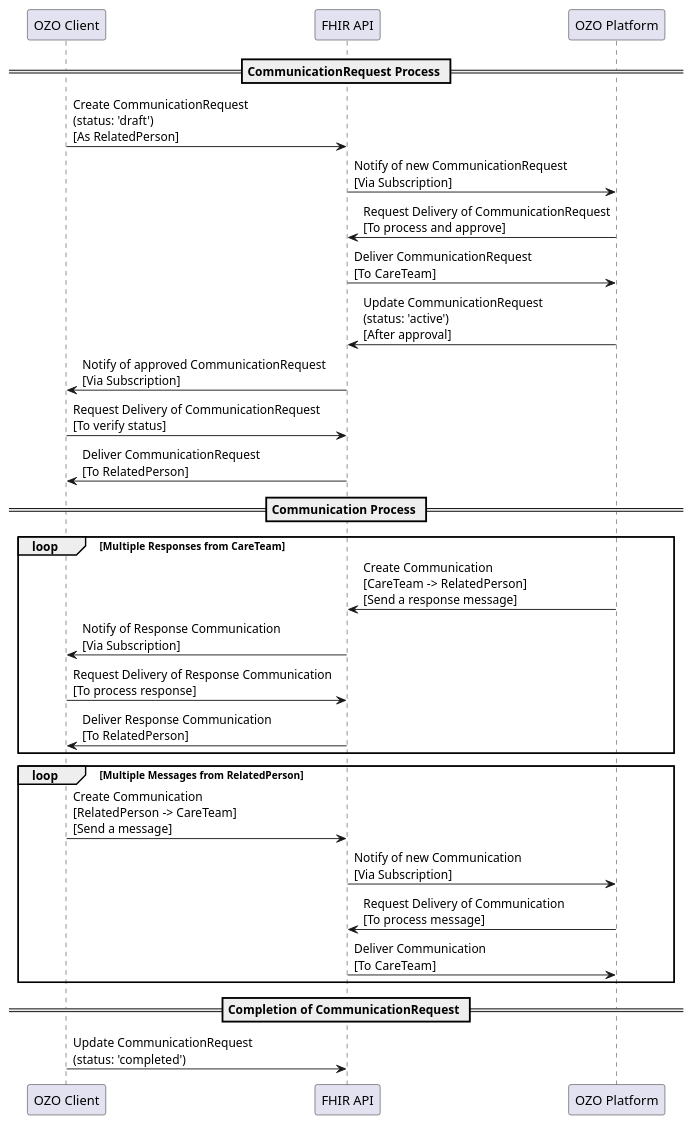
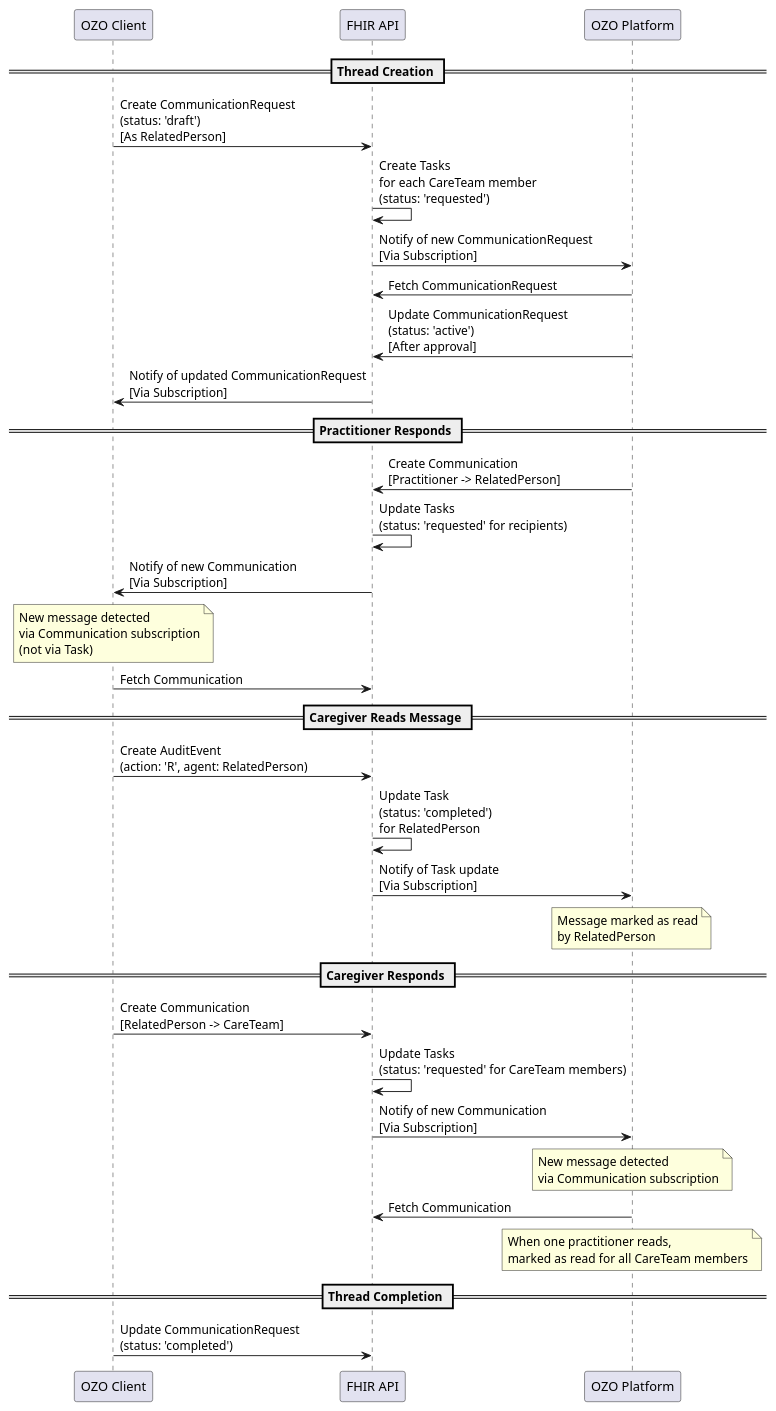
The diagram in input/images-source/fhir-messaging-interaction.plantuml (ozoverbindzorg/integrale-netwerk-communicatie), drawn with PlantUML before and after one commit.

Commit message:
docs: update messaging sequence diagram with Task and AuditEvent flows
Adds Task creation/updates, AuditEvent read receipts, and notes
clarifying that Communication subscription detects new messages.

```diff
--- a/input/images-source/fhir-messaging-interaction.plantuml
+++ b/input/images-source/fhir-messaging-interaction.plantuml
@@ -1,33 +1,37 @@
 @startuml
 participant "OZO Client" as RPA
 participant "FHIR API" as FHIR
 participant "OZO Platform" as CTA
 
-== CommunicationRequest Process ==
+== Thread Creation ==
 RPA -> FHIR : Create CommunicationRequest\n(status: 'draft')\n[As RelatedPerson]
+FHIR -> FHIR : Create Tasks\nfor each CareTeam member\n(status: 'requested')
 FHIR -> CTA : Notify of new CommunicationRequest\n[Via Subscription]
-CTA -> FHIR : Request Delivery of CommunicationRequest\n[To process and approve]
-FHIR -> CTA : Deliver CommunicationRequest\n[To CareTeam]
+CTA -> FHIR : Fetch CommunicationRequest
 CTA -> FHIR : Update CommunicationRequest\n(status: 'active')\n[After approval]
-FHIR -> RPA : Notify of approved CommunicationRequest\n[Via Subscription]
-RPA -> FHIR : Request Delivery of CommunicationRequest\n[To verify status]
-FHIR -> RPA : Deliver CommunicationRequest\n[To RelatedPerson]
+FHIR -> RPA : Notify of updated CommunicationRequest\n[Via Subscription]
 
-== Communication Process ==
-loop Multiple Responses from CareTeam
-    CTA -> FHIR : Create Communication\n[CareTeam -> RelatedPerson]\n[Send a response message]
-    FHIR -> RPA : Notify of Response Communication\n[Via Subscription]
-    RPA -> FHIR : Request Delivery of Response Communication\n[To process response]
-    FHIR -> RPA : Deliver Response Communication\n[To RelatedPerson]
-end
+== Practitioner Responds ==
+CTA -> FHIR : Create Communication\n[Practitioner -> RelatedPerson]
+FHIR -> FHIR : Update Tasks\n(status: 'requested' for recipients)
+FHIR -> RPA : Notify of new Communication\n[Via Subscription]
+note over RPA : New message detected\nvia Communication subscription\n(not via Task)
+RPA -> FHIR : Fetch Communication
 
-loop Multiple Messages from RelatedPerson
-    RPA -> FHIR : Create Communication\n[RelatedPerson -> CareTeam]\n[Send a message]
-    FHIR -> CTA : Notify of new Communication\n[Via Subscription]
-    CTA -> FHIR : Request Delivery of Communication\n[To process message]
-    FHIR -> CTA : Deliver Communication\n[To CareTeam]
-end
+== Caregiver Reads Message ==
+RPA -> FHIR : Create AuditEvent\n(action: 'R', agent: RelatedPerson)
+FHIR -> FHIR : Update Task\n(status: 'completed')\nfor RelatedPerson
+FHIR -> CTA : Notify of Task update\n[Via Subscription]
+note over CTA : Message marked as read\nby RelatedPerson
 
-== Completion of CommunicationRequest ==
+== Caregiver Responds ==
+RPA -> FHIR : Create Communication\n[RelatedPerson -> CareTeam]
+FHIR -> FHIR : Update Tasks\n(status: 'requested' for CareTeam members)
+FHIR -> CTA : Notify of new Communication\n[Via Subscription]
+note over CTA : New message detected\nvia Communication subscription
+CTA -> FHIR : Fetch Communication
+note over CTA : When one practitioner reads,\nmarked as read for all CareTeam members
+
+== Thread Completion ==
 RPA -> FHIR : Update CommunicationRequest\n(status: 'completed')
 @enduml
```
